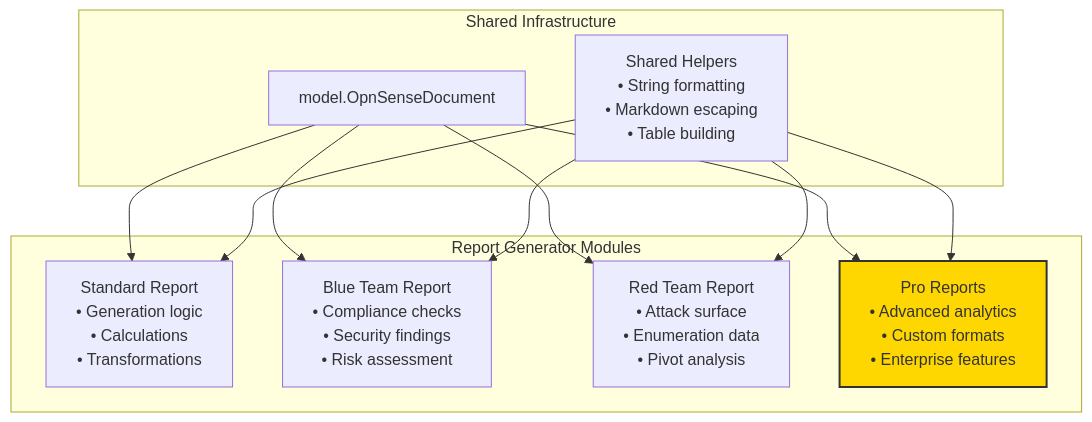
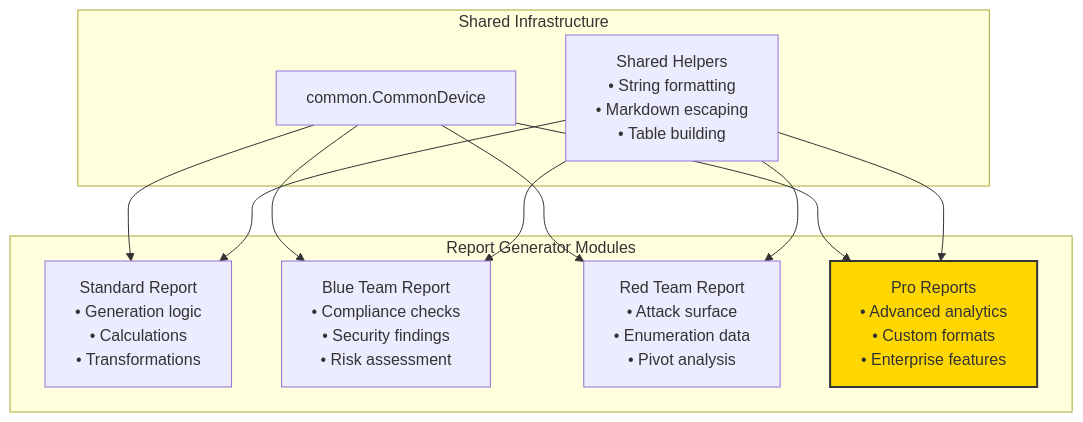
One commit to EvilBit-Labs/opnDossier changed the ninth of 11 diagrams in docs/development/architecture.md. Above: the diagram before and after it, drawn with Mermaid. The commit also changed other lines of this file and 155 other files, not shown here.

First line of the commit message:
refactor(model): multi-device model layer with CommonDevice and ParserFactory (#273)

````diff
--- a/docs/development/architecture.md
+++ b/docs/development/architecture.md
@@ -448,26 +475,26 @@
 ```mermaid
 graph TB
     subgraph "Shared Infrastructure"
-        Model[model.OpnSenseDocument]
+        Model[common.CommonDevice]
         Helpers[Shared Helpers<br/>• String formatting<br/>• Markdown escaping<br/>• Table building]
     end
 
     subgraph "Report Generator Modules"
         Standard[Standard Report<br/>• Generation logic<br/>• Calculations<br/>• Transformations]
         Blue[Blue Team Report<br/>• Compliance checks<br/>• Security findings<br/>• Risk assessment]
         Red[Red Team Report<br/>• Attack surface<br/>• Enumeration data<br/>• Pivot analysis]
         Pro[Pro Reports<br/>• Advanced analytics<br/>• Custom formats<br/>• Enterprise features]
     end
 
     Model --> Standard
     Model --> Blue
     Model --> Red
     Model --> Pro
 
     Helpers --> Standard
     Helpers --> Blue
     Helpers --> Red
     Helpers --> Pro
 
     style Pro fill:#ffd700,stroke:#333,stroke-width:2px
 ```
````
